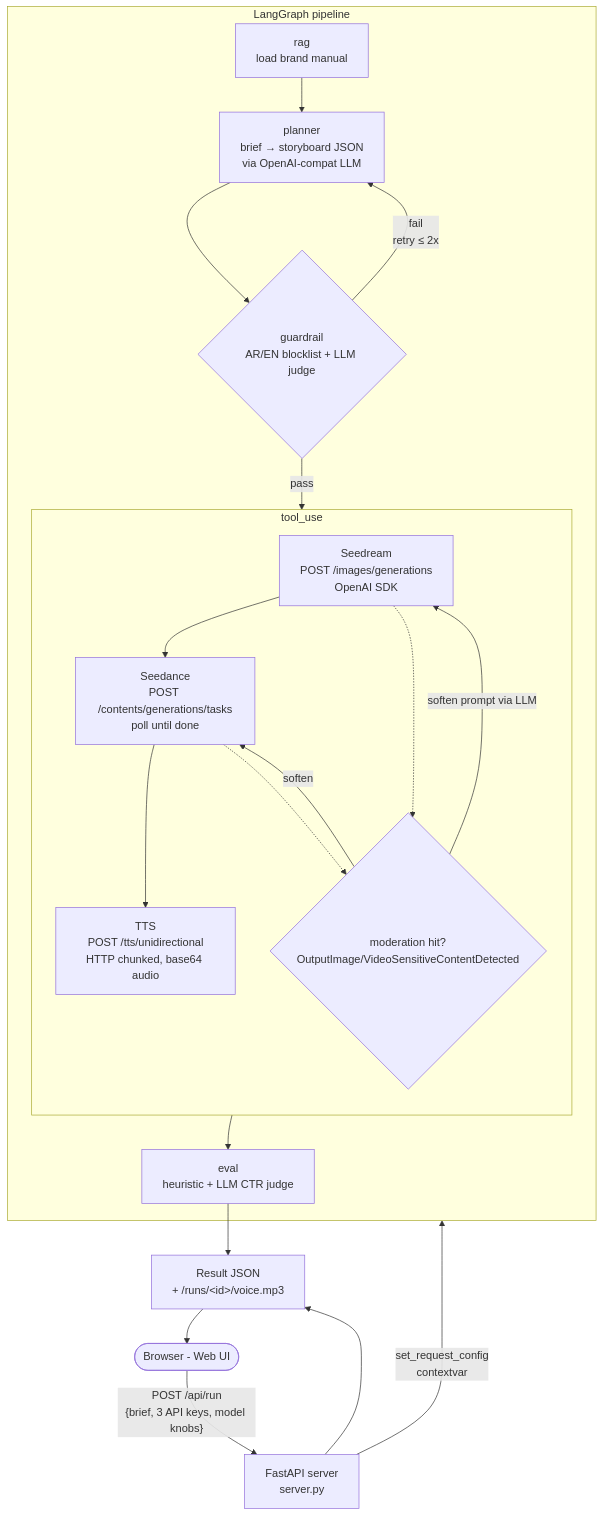
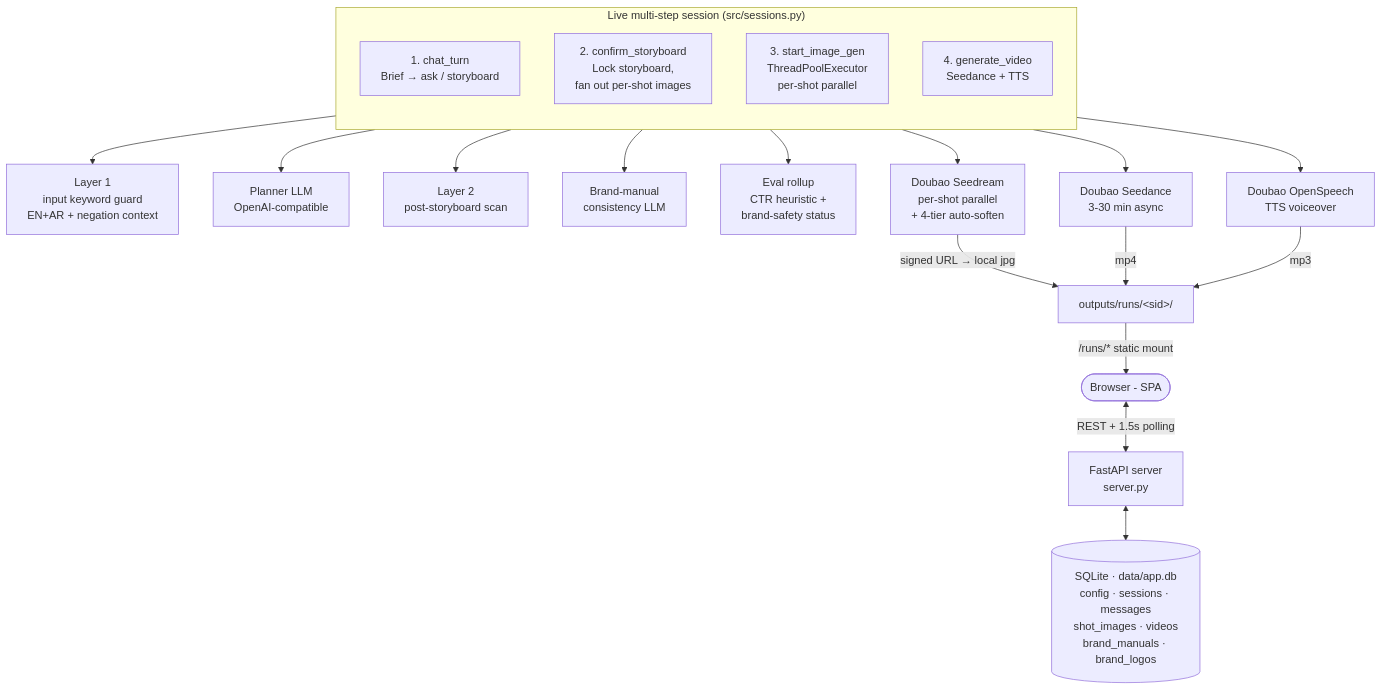
The first of 2 diagrams in README.md (gary-yzh/saudi-ad-agent), drawn with Mermaid before and after one commit. The commit also changed other lines of this file and 2 other files, not shown here.

````diff
--- a/README.md
+++ b/README.md
@@ -30,30 +35,29 @@
 ```mermaid
 flowchart TD
-    U([Browser - Web UI]) -- "POST /api/run<br/>{brief, 3 API keys, model knobs}" --> S[FastAPI server<br/>server.py]
-    S -- "set_request_config<br/>contextvar" --> G((LangGraph))
+    User([Browser - SPA])
+    User <-->|REST + 1.5s polling| FastAPI[FastAPI server<br/>server.py]
+    FastAPI <--> SQLite[(SQLite · data/app.db<br/>config · sessions · messages<br/>shot_images · videos<br/>brand_manuals · brand_logos)]
 
-    subgraph G [LangGraph pipeline]
-      RAG[rag<br/>load brand manual] --> P[planner<br/>brief → storyboard JSON<br/>via OpenAI-compat LLM]
-      P --> Gd{guardrail<br/>AR/EN blocklist + LLM judge}
-      Gd -- fail<br/>retry ≤ 2x --> P
-      Gd -- pass --> T[tool_use]
-      T --> E[eval<br/>heuristic + LLM CTR judge]
+    subgraph Live["Live multi-step session (src/sessions.py)"]
+      direction TB
+      Step1[1. chat_turn<br/>Brief → ask / storyboard]
+      Step2[2. confirm_storyboard<br/>Lock storyboard,<br/>fan out per-shot images]
+      Step3[3. start_image_gen<br/>ThreadPoolExecutor<br/>per-shot parallel]
+      Step4[4. generate_video<br/>Seedance + TTS]
     end
 
-    subgraph T [tool_use]
-      direction TB
-      I[Seedream<br/>POST /images/generations<br/>OpenAI SDK]
-      V[Seedance<br/>POST /contents/generations/tasks<br/>poll until done]
-      A[TTS<br/>POST /tts/unidirectional<br/>HTTP chunked, base64 audio]
-      I --> V --> A
-      M{moderation hit?<br/>OutputImage/VideoSensitiveContentDetected}
-      I -.-> M
-      V -.-> M
-      M -- soften prompt via LLM --> I
-      M -- soften --> V
-    end
+    Step1 --> Guard1[Layer 1<br/>input keyword guard<br/>EN+AR + negation context]
+    Step1 --> Planner[Planner LLM<br/>OpenAI-compatible]
+    Step1 --> Guard2[Layer 2<br/>post-storyboard scan]
+    Step1 --> RAG[Brand-manual<br/>consistency LLM]
+    Step1 --> Eval[Eval rollup<br/>CTR heuristic +<br/>brand-safety status]
 
-    E --> R[Result JSON<br/>+ /runs/&lt;id&gt;/voice.mp3]
-    S --> R
-    R --> U
+    Step3 --> Seedream[Doubao Seedream<br/>per-shot parallel<br/>+ 4-tier auto-soften]
+    Step4 --> Seedance[Doubao Seedance<br/>3-30 min async]
+    Step4 --> TTS[Doubao OpenSpeech<br/>TTS voiceover]
+
+    Seedream -->|signed URL → local jpg| Files[outputs/runs/&lt;sid&gt;/]
+    Seedance -->|mp4| Files
+    TTS -->|mp3| Files
+    Files -->|/runs/* static mount| User
 ```
````
